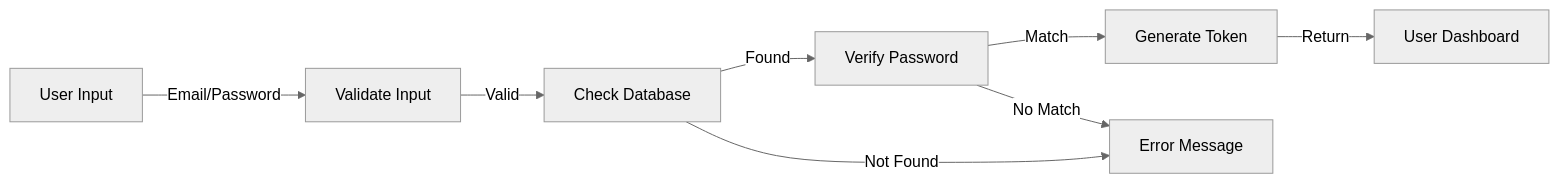
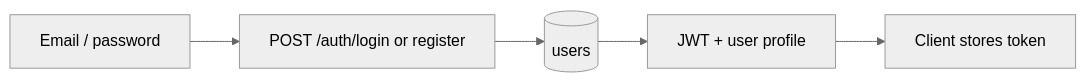
One commit to basantmahato/AgricultureManagementSystem changed the third of 8 diagrams in docs/DFD.md. Above: the diagram before and after it, drawn with Mermaid (neutral theme). The commit also changed other lines of this file and 4 other files, not shown here.

````diff
--- a/docs/DFD.md
+++ b/docs/DFD.md
@@ -49,10 +61,7 @@
 ```mermaid
 graph LR
-    A[User Input] -->|Email/Password| B[Validate Input]
-    B -->|Valid| C[Check Database]
-    C -->|Found| D[Verify Password]
-    D -->|Match| E[Generate Token]
-    E -->|Return| F[User Dashboard]
-    C -->|Not Found| G[Error Message]
-    D -->|No Match| G
+    A[Email / password] --> B[POST /auth/login or register]
+    B --> C[(users)]
+    C --> D[JWT + user profile]
+    D --> E[Client stores token]
 ```
````
